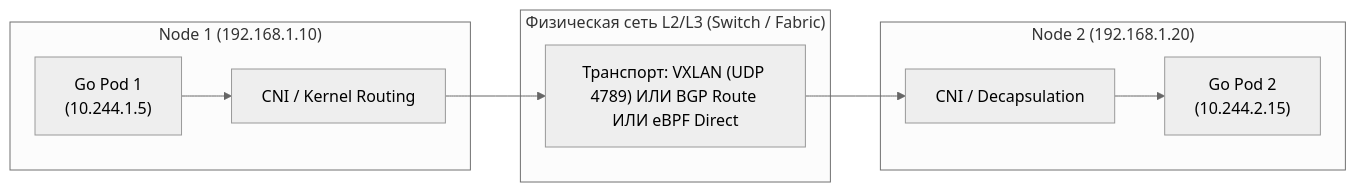
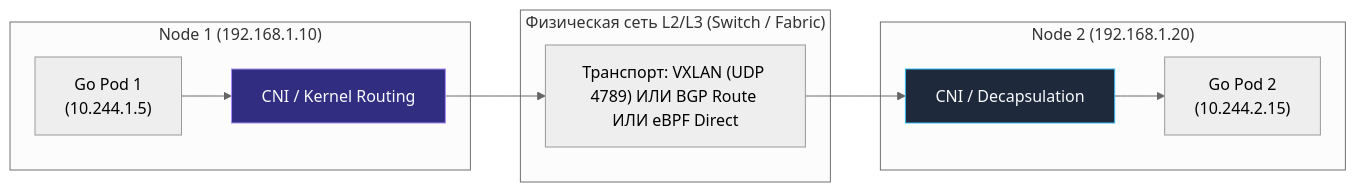
The second of 3 diagrams in sources/19. Инфраструктура. Linux, nginx, Docker, Kubernetes/04. Kubernetes/7. Networking в Kubernetes.md (UnrealTemplier/go-textbook), drawn with Mermaid (neutral theme) before and after one commit. The commit also changed other lines of this file and 1666 other files, not shown here.

First line of the commit message:
feat(mermaid): add semantic color classDef to 1369 colorless flowchart/graph diagrams

````diff
--- a/sources/19. Инфраструктура. Linux, nginx, Docker, Kubernetes/04. Kubernetes/7. Networking в Kubernetes.md
+++ b/sources/19. Инфраструктура. Linux, nginx, Docker, Kubernetes/04. Kubernetes/7. Networking в Kubernetes.md
@@ -71,20 +81,30 @@
 ```mermaid
 flowchart LR
+    classDef process  fill:#1e293b,stroke:#38bdf8,stroke-width:1px,color:#f8fafc
+    classDef success  fill:#064e3b,stroke:#34d399,stroke-width:1px,color:#f8fafc
+    classDef error    fill:#7f1d1d,stroke:#f87171,stroke-width:1px,color:#f8fafc
+    classDef warning  fill:#78350f,stroke:#fbbf24,stroke-width:1px,color:#f8fafc
+    classDef entry    fill:#1e3a5f,stroke:#38bdf8,stroke-width:2px,color:#f8fafc
+    classDef aux      fill:#334155,stroke:#64748b,stroke-width:1px,color:#f8fafc
+    classDef system   fill:#312e81,stroke:#a78bfa,stroke-width:1px,color:#f8fafc
+    classDef data     fill:#132d29,stroke:#2dd4bf,stroke-width:1px,color:#f8fafc
+    classDef network  fill:#881337,stroke:#fb7185,stroke-width:1px,color:#f8fafc
+    classDef accent   fill:#1e1b4b,stroke:#818cf8,stroke-width:1px,color:#f8fafc
     subgraph Node1["Node 1 (192.168.1.10)"]
         Pod1["Go Pod 1\n(10.244.1.5)"]
-        CNI1["CNI / Kernel Routing"]
+        CNI1["CNI / Kernel Routing"]:::system
         Pod1 --> CNI1
     end
     
     subgraph PhysicalNet["Физическая сеть L2/L3 (Switch / Fabric)"]
         Wire["Транспорт: VXLAN (UDP 4789) ИЛИ BGP Route ИЛИ eBPF Direct"]
     end
     
     subgraph Node2["Node 2 (192.168.1.20)"]
-        CNI2["CNI / Decapsulation"]
+        CNI2["CNI / Decapsulation"]:::process
         Pod2["Go Pod 2\n(10.244.2.15)"]
         CNI2 --> Pod2
     end
     
     CNI1 --> Wire --> CNI2
 ```
````
